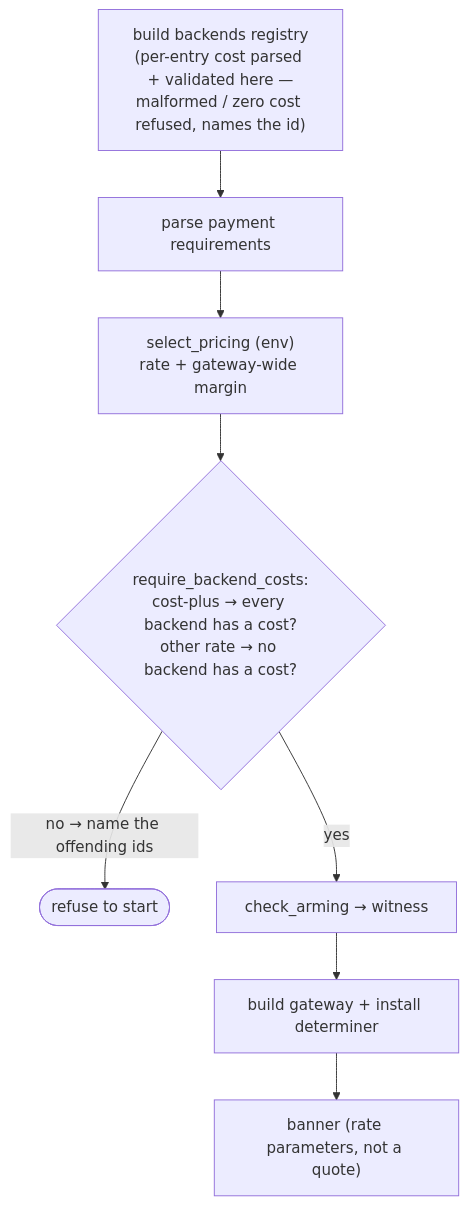
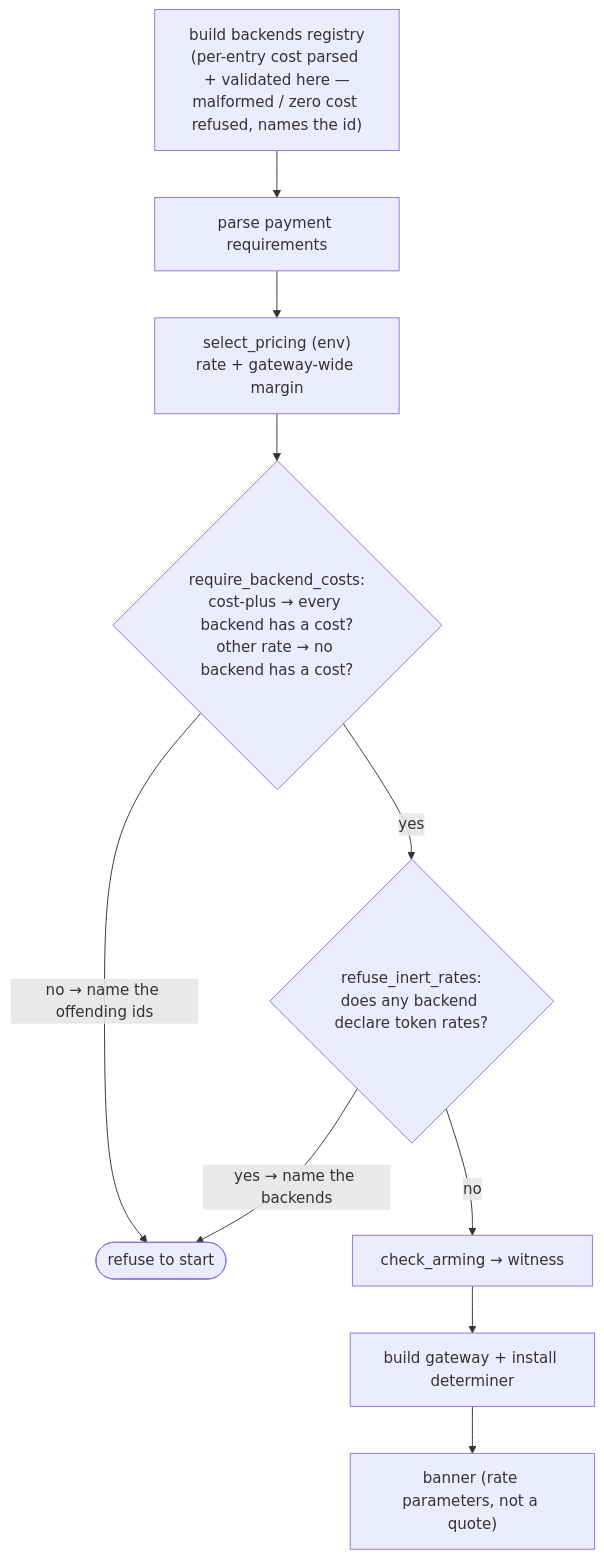
One commit to geekinasuit/obolus changed the second of 2 diagrams in docs/pricing.md. Above: the diagram before and after it, drawn with Mermaid. The commit also changed other lines of this file and 5 other files, not shown here.

First line of the commit message:
Parse per-model token rates (config only; #31 item 2, slice 3) (#126)

````diff
--- a/docs/pricing.md
+++ b/docs/pricing.md
@@ -302,10 +335,12 @@
 ```mermaid
 flowchart TB
   be["build backends registry<br/>(per-entry cost parsed + validated here —<br/>malformed / zero cost refused, names the id)"] --> reqs["parse payment requirements"]
   reqs --> sel["select_pricing (env)<br/>rate + gateway-wide margin"]
   sel --> cov{"require_backend_costs:<br/>cost-plus → every backend has a cost?<br/>other rate → no backend has a cost?"}
   cov -->|"no → name the offending ids"| refuse(["refuse to start"])
-  cov -->|"yes"| arm["check_arming → witness"]
+  cov -->|"yes"| inert{"refuse_inert_rates:<br/>does any backend declare token rates?"}
+  inert -->|"yes → name the backends"| refuse
+  inert -->|"no"| arm["check_arming → witness"]
   arm --> gw["build gateway + install determiner"]
   gw --> banner["banner (rate parameters, not a quote)"]
 ```
````
